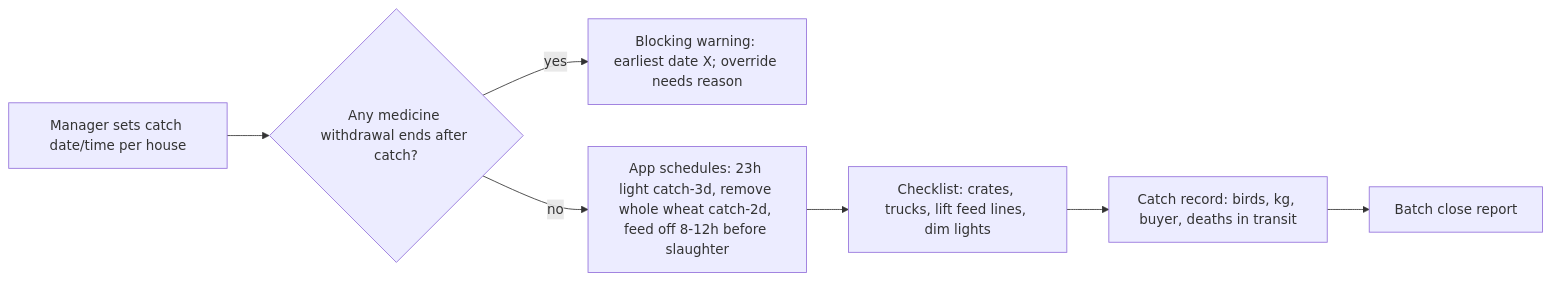
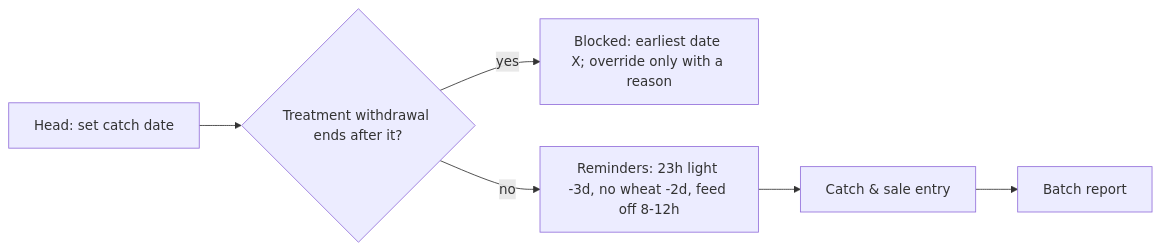
The fourth of 4 diagrams in BLUEPRINT.md (Nursul7an/poultry-farm), drawn with Mermaid before and after one commit. The commit also changed other lines of this file and 18 other files, not shown here.

````diff
--- a/BLUEPRINT.md
+++ b/BLUEPRINT.md
@@ -310,9 +220,7 @@
 ```mermaid
 flowchart LR
-  A["Manager sets catch date/time per house"] --> B{"Any medicine withdrawal ends after catch?"}
-  B -- yes --> C["Blocking warning: earliest date X; override needs reason"]
-  B -- no --> D["App schedules: 23h light catch-3d, remove whole wheat catch-2d, feed off 8-12h before slaughter"]
-  D --> E["Checklist: crates, trucks, lift feed lines, dim lights"]
-  E --> F["Catch record: birds, kg, buyer, deaths in transit"]
-  F --> G["Batch close report"]
+  A["Head: set catch date"] --> B{"Treatment withdrawal ends after it?"}
+  B -- yes --> C["Blocked: earliest date X; override only with a reason"]
+  B -- no --> D["Reminders: 23h light -3d, no wheat -2d, feed off 8-12h"]
+  D --> E["Catch & sale entry"] --> F["Batch report"]
 ```
````
